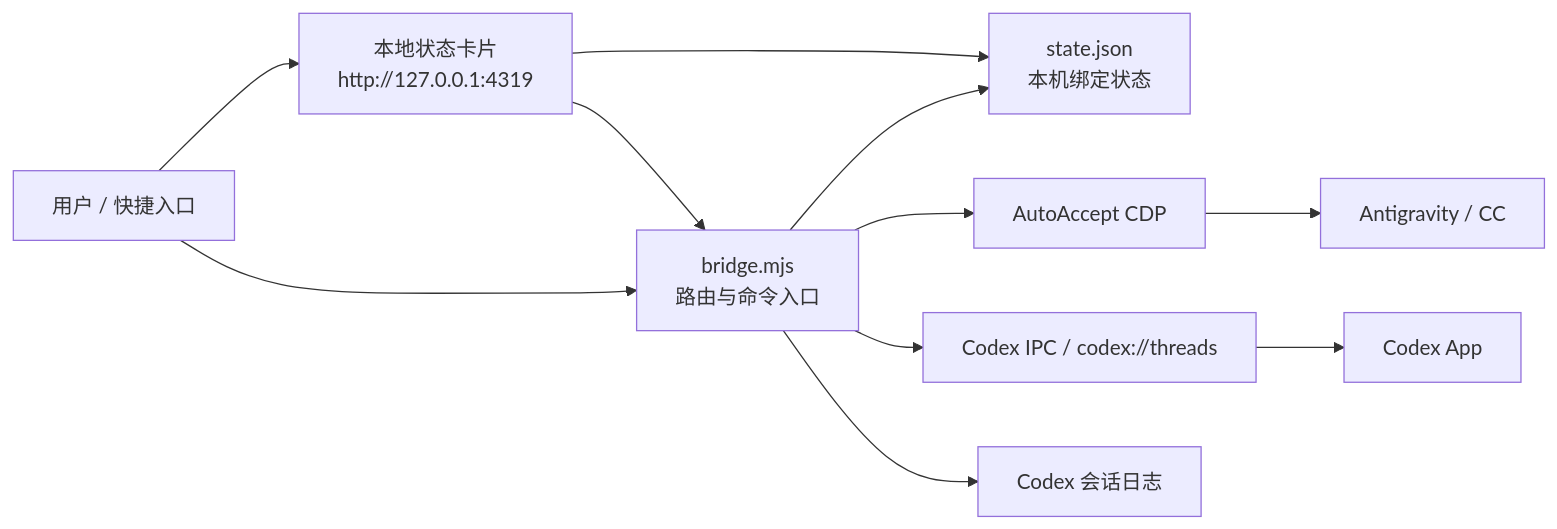
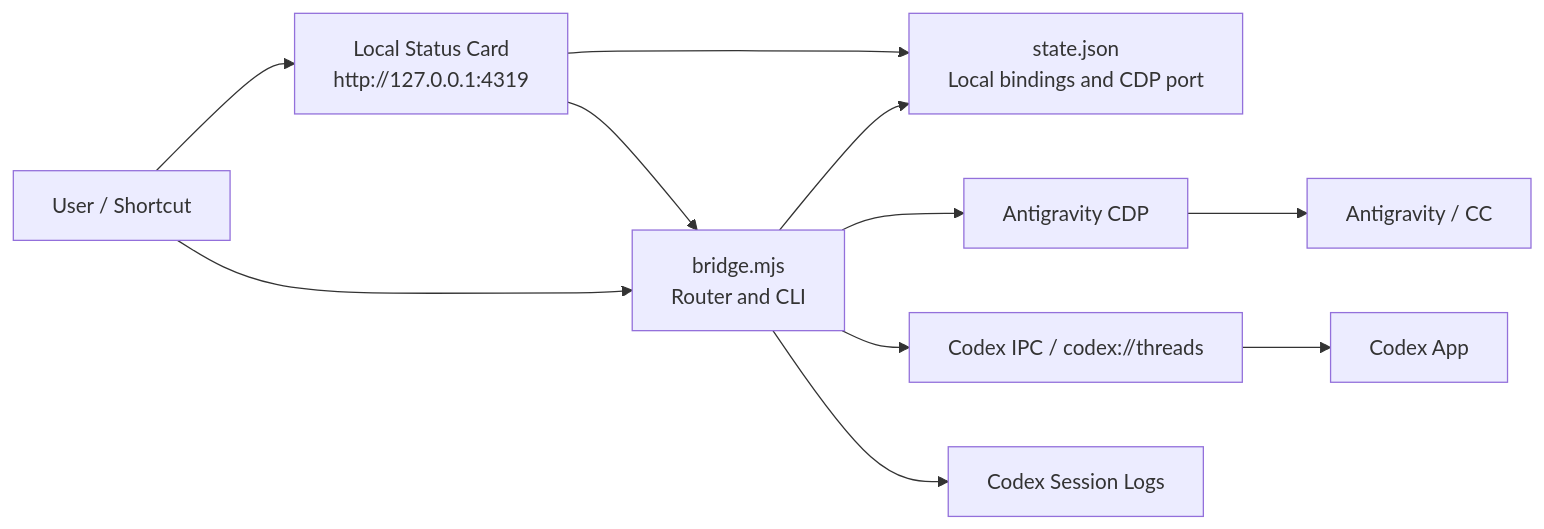
One commit to sefuzhou770801-hub/ag-pilot changed the diagram in README.md. Above: the diagram before and after it, drawn with Mermaid. The commit also changed other lines of this file and 9 other files, not shown here.

Commit message:
Remove AutoAccept dependency

````diff
--- a/README.md
+++ b/README.md
@@ -17,23 +18,23 @@
 ```mermaid
 flowchart LR
-  Boss["用户 / 快捷入口"]
-  Card["本地状态卡片<br/>http://127.0.0.1:4319"]
-  Bridge["bridge.mjs<br/>路由与命令入口"]
-  State["state.json<br/>本机绑定状态"]
+  User["User / Shortcut"]
+  Card["Local Status Card<br/>http://127.0.0.1:4319"]
+  Bridge["bridge.mjs<br/>Router and CLI"]
+  State["state.json<br/>Local bindings and CDP port"]
   AG["Antigravity / CC"]
-  AA["AutoAccept CDP"]
+  CDP["Antigravity CDP"]
   CodexApp["Codex App"]
   IPC["Codex IPC / codex://threads"]
-  Logs["Codex 会话日志"]
+  Logs["Codex Session Logs"]
 
-  Boss --> Card
-  Boss --> Bridge
+  User --> Card
+  User --> Bridge
   Card --> State
   Card --> Bridge
   Bridge --> State
-  Bridge --> AA
-  AA --> AG
+  Bridge --> CDP
+  CDP --> AG
   Bridge --> IPC
   IPC --> CodexApp
   Bridge --> Logs
 ```
````
